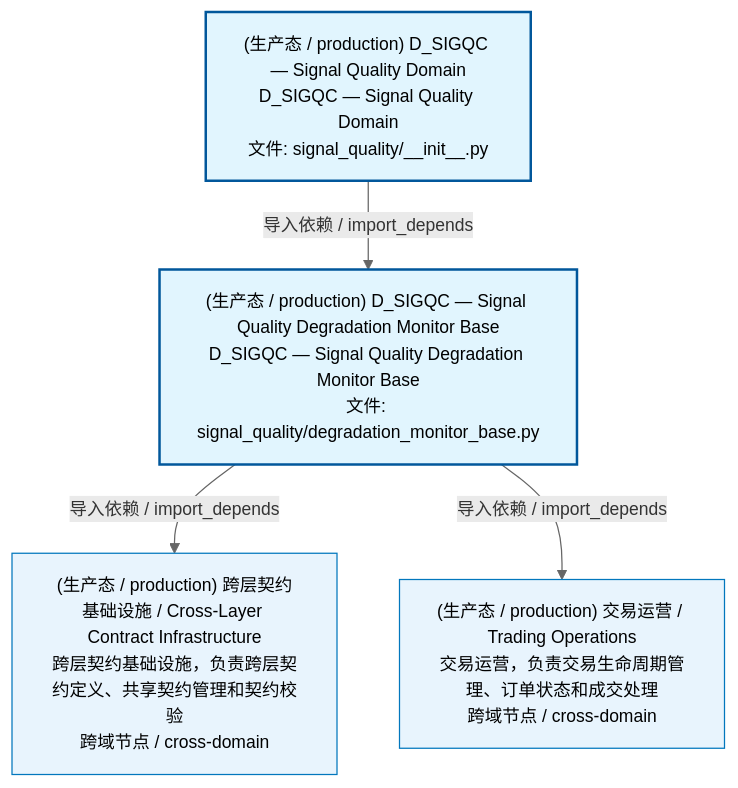
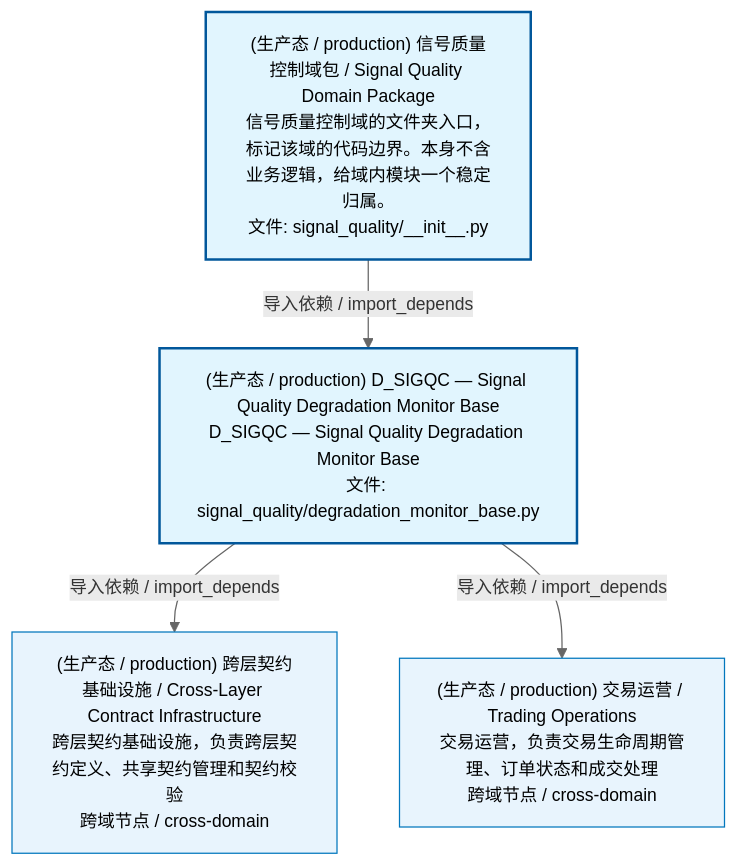
The first of 2 diagrams in docs/02_enterprise_architecture/02_domain_architecture_docs/69_d_sigqc.md (xuanFelixVan/ZephyrAlpha), drawn with Mermaid before and after one commit. The commit also changed other lines of this file and 54 other files, not shown here.

````diff
--- a/docs/02_enterprise_architecture/02_domain_architecture_docs/69_d_sigqc.md
+++ b/docs/02_enterprise_architecture/02_domain_architecture_docs/69_d_sigqc.md
@@ -53,17 +53,17 @@
 ```mermaid
 %%{init: {'theme': 'base', 'themeVariables': {'primaryColor': '#eaeaea', 'primaryTextColor': '#333333', 'primaryBorderColor': '#666666', 'lineColor': '#666666', 'secondaryColor': '#eaeaea', 'tertiaryColor': '#eaeaea', 'fontSize': '14px'}}}%%
 flowchart TD
-    src_zephyr_signal_quality_init_py["(生产态 / production) D_SIGQC — Signal Quality Domain<br/>D_SIGQC — Signal Quality Domain<br/>文件: signal_quality/__init__.py"]
+    src_zephyr_signal_quality_init_py["(生产态 / production) 信号质量控制域包 / Signal Quality Domain Package<br/>信号质量控制域的文件夹入口，标记该域的代码边界。本身不含业务逻辑，给域内模块一个稳定归属。<br/>文件: signal_quality/__init__.py"]
     src_zephyr_signal_quality_degradation_monitor_base_py["(生产态 / production) D_SIGQC — Signal Quality Degradation Monitor Base<br/>D_SIGQC — Signal Quality Degradation Monitor Base<br/>文件: signal_quality/degradation_monitor_base.py"]
     src_zephyr_signal_quality_init_py -->|导入依赖 / import_depends| src_zephyr_signal_quality_degradation_monitor_base_py
     D_INFRASTRUCTURE["(生产态 / production) 跨层契约基础设施 / Cross-Layer Contract Infrastructure<br/>跨层契约基础设施，负责跨层契约定义、共享契约管理和契约校验<br/>跨域节点 / cross-domain"]
     src_zephyr_signal_quality_degradation_monitor_base_py -->|导入依赖 / import_depends| D_INFRASTRUCTURE
     D_TRADING["(生产态 / production) 交易运营 / Trading Operations<br/>交易运营，负责交易生命周期管理、订单状态和成交处理<br/>跨域节点 / cross-domain"]
     src_zephyr_signal_quality_degradation_monitor_base_py -->|导入依赖 / import_depends| D_TRADING
     classDef production fill:#e1f5fe,stroke:#01579b,stroke-width:2px,color:#000
     classDef design fill:#fff3e0,stroke:#e65100,stroke-width:2px,color:#000,stroke-dasharray: 5 5
     classDef external_prod fill:#e8f4fd,stroke:#0277bd,stroke-width:1px,color:#000
     classDef external_design fill:#fff8e7,stroke:#ef6c00,stroke-width:1px,color:#000,stroke-dasharray: 5 5
     class src_zephyr_signal_quality_init_py,src_zephyr_signal_quality_degradation_monitor_base_py production
     class D_INFRASTRUCTURE,D_TRADING external_prod
 ```
````
